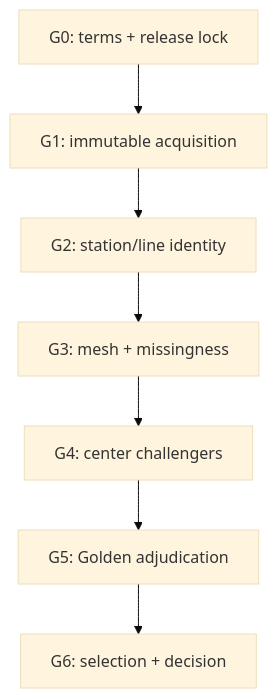
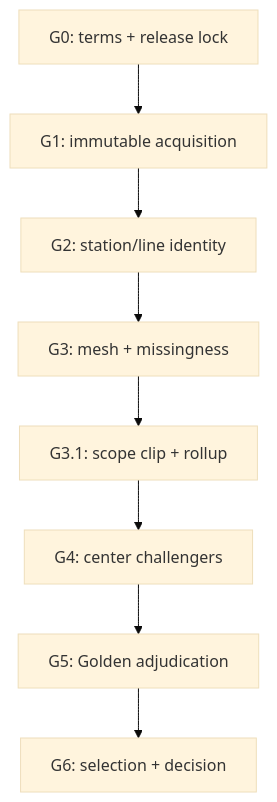
The diagram in docs/PHASE1_EXECUTION_PLAN.md (kkkkggggmmmm/tokyo-rail-town-scale-atlas), drawn with Mermaid (base theme) before and after one commit. The commit also changed other lines of this file and 17 other files, not shown here.

````diff
--- a/docs/PHASE1_EXECUTION_PLAN.md
+++ b/docs/PHASE1_EXECUTION_PLAN.md
@@ -15,9 +15,10 @@
 ```mermaid
 flowchart TD
     G0["G0: terms + release lock"] --> G1["G1: immutable acquisition"]
     G1 --> G2["G2: station/line identity"]
     G2 --> G3["G3: mesh + missingness"]
-    G3 --> G4["G4: center challengers"]
+    G3 --> G31["G3.1: scope clip + rollup"]
+    G31 --> G4["G4: center challengers"]
     G4 --> G5["G5: Golden adjudication"]
     G5 --> G6["G6: selection + decision"]
 ```
````
